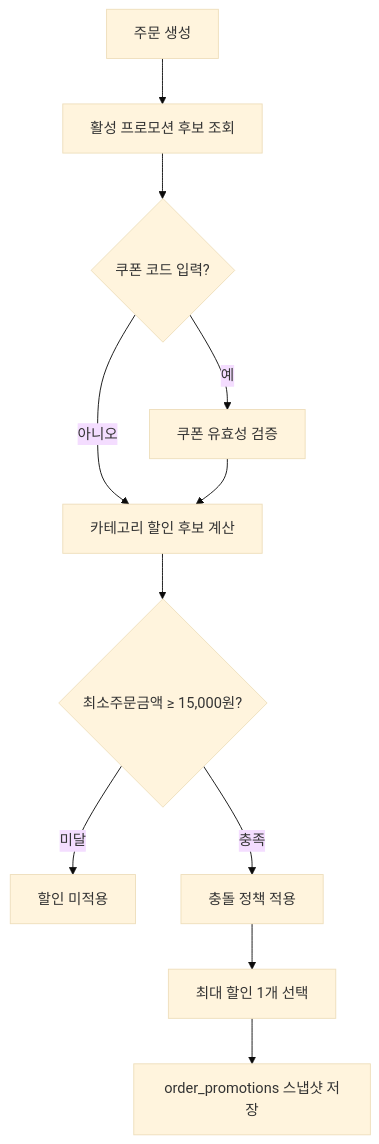
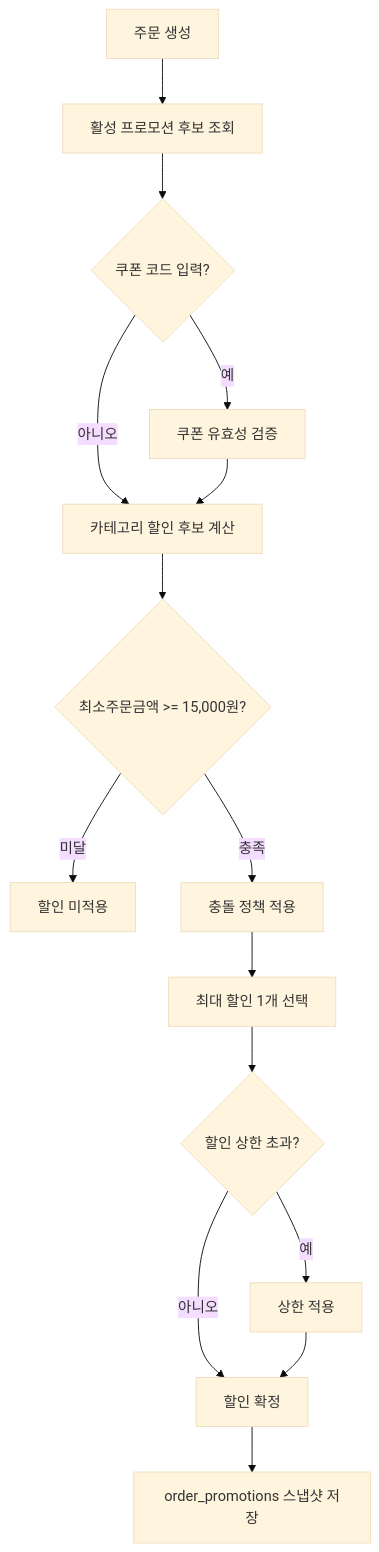
The third of 3 diagrams in docs/01-prd/08-promotion/01-overview.md (p-iknow/fullstack-forge), drawn with Mermaid (base theme) before and after one commit. The commit also changed other lines of this file and 61 other files, not shown here.

````diff
--- a/docs/01-prd/08-promotion/01-overview.md
+++ b/docs/01-prd/08-promotion/01-overview.md
@@ -28,13 +88,17 @@
 ```mermaid
 flowchart TD
     A[주문 생성] --> B[활성 프로모션 후보 조회]
     B --> C{쿠폰 코드 입력?}
     C -- 예 --> D[쿠폰 유효성 검증]
     C -- 아니오 --> E[카테고리 할인 후보 계산]
     D --> E
-    E --> F{최소주문금액 ≥ 15,000원?}
+    E --> F{최소주문금액 >= 15,000원?}
     F -- 미달 --> G[할인 미적용]
     F -- 충족 --> H[충돌 정책 적용]
     H --> I[최대 할인 1개 선택]
-    I --> J[order_promotions 스냅샷 저장]
+    I --> K{할인 상한 초과?}
+    K -- 예 --> L[상한 적용]
+    K -- 아니오 --> M[할인 확정]
+    L --> M
+    M --> J[order_promotions 스냅샷 저장]
 ```
````
